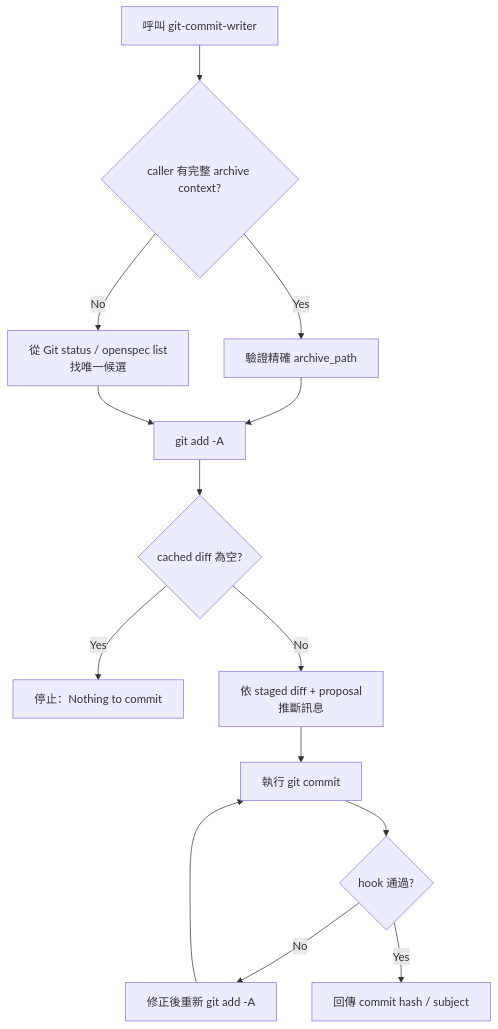
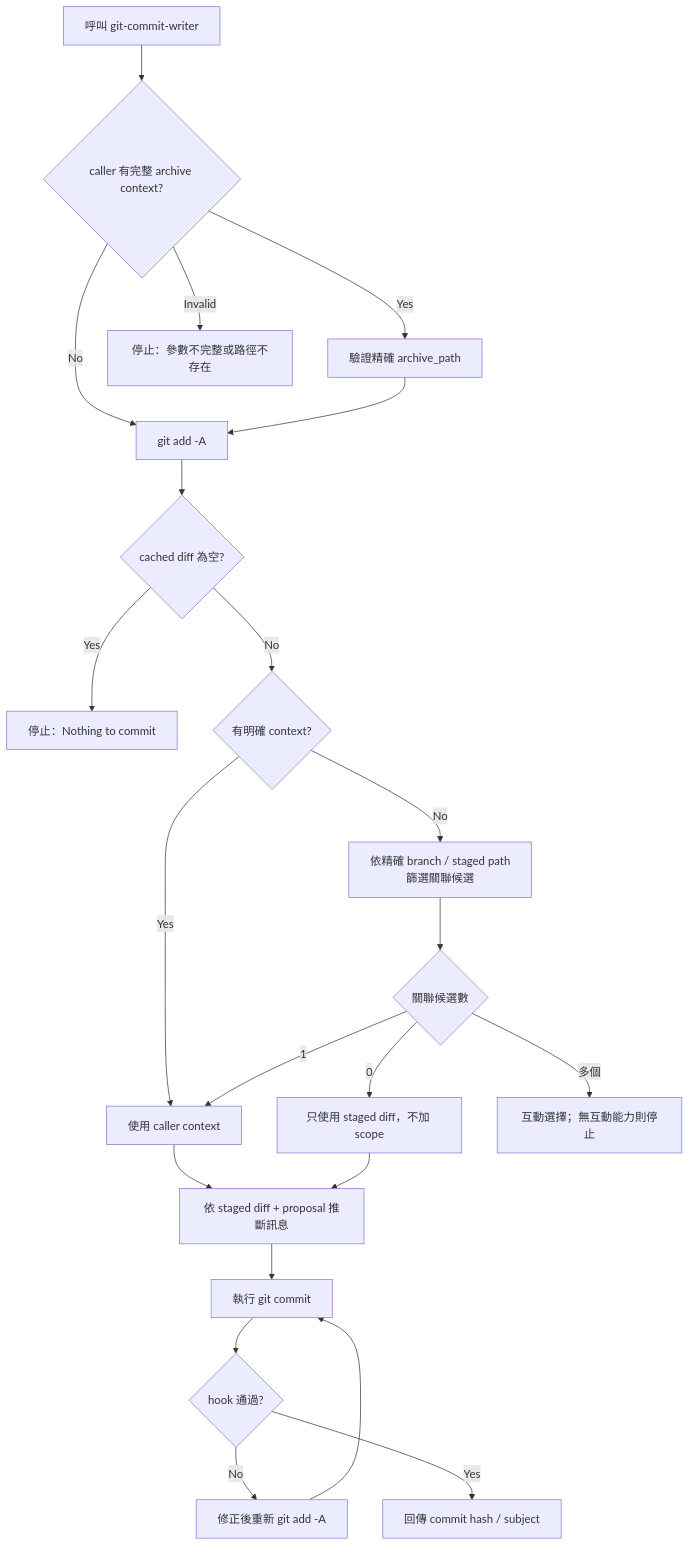
One commit to wkchen5872/wk-agent-ops changed the diagram in docs/skills/git-commit-writer.md. Above: the diagram before and after it, drawn with Mermaid. The commit also changed other lines of this file and 11 other files, not shown here.

````diff
--- a/docs/skills/git-commit-writer.md
+++ b/docs/skills/git-commit-writer.md
@@ -28,16 +28,24 @@
 ```mermaid
 graph TD
     Start[呼叫 git-commit-writer] --> Context{caller 有完整 archive context?}
     Context -- Yes --> Validate[驗證精確 archive_path]
-    Context -- No --> Detect[從 Git status / openspec list<br/>找唯一候選]
+    Context -- Invalid --> Invalid[停止：參數不完整或路徑不存在]
+    Context -- No --> Stage[git add -A]
     Validate --> Stage[git add -A]
-    Detect --> Stage
     Stage --> Empty{cached diff 為空?}
     Empty -- Yes --> Stop[停止：Nothing to commit]
-    Empty -- No --> Infer[依 staged diff + proposal<br/>推斷訊息]
+    Empty -- No --> Resolve{有明確 context?}
+    Resolve -- Yes --> Scoped[使用 caller context]
+    Resolve -- No --> Detect[依精確 branch / staged path<br/>篩選關聯候選]
+    Detect --> Count{關聯候選數}
+    Count -- 0 --> Unscoped[只使用 staged diff，不加 scope]
+    Count -- 1 --> Scoped
+    Count -- 多個 --> Ambiguous[互動選擇；無互動能力則停止]
+    Scoped --> Infer[依 staged diff + proposal 推斷訊息]
+    Unscoped --> Infer
     Infer --> Commit[執行 git commit]
     Commit --> Hook{hook 通過?}
     Hook -- No --> Restage[修正後重新 git add -A]
     Restage --> Commit
     Hook -- Yes --> Done[回傳 commit hash / subject]
 ```
````
